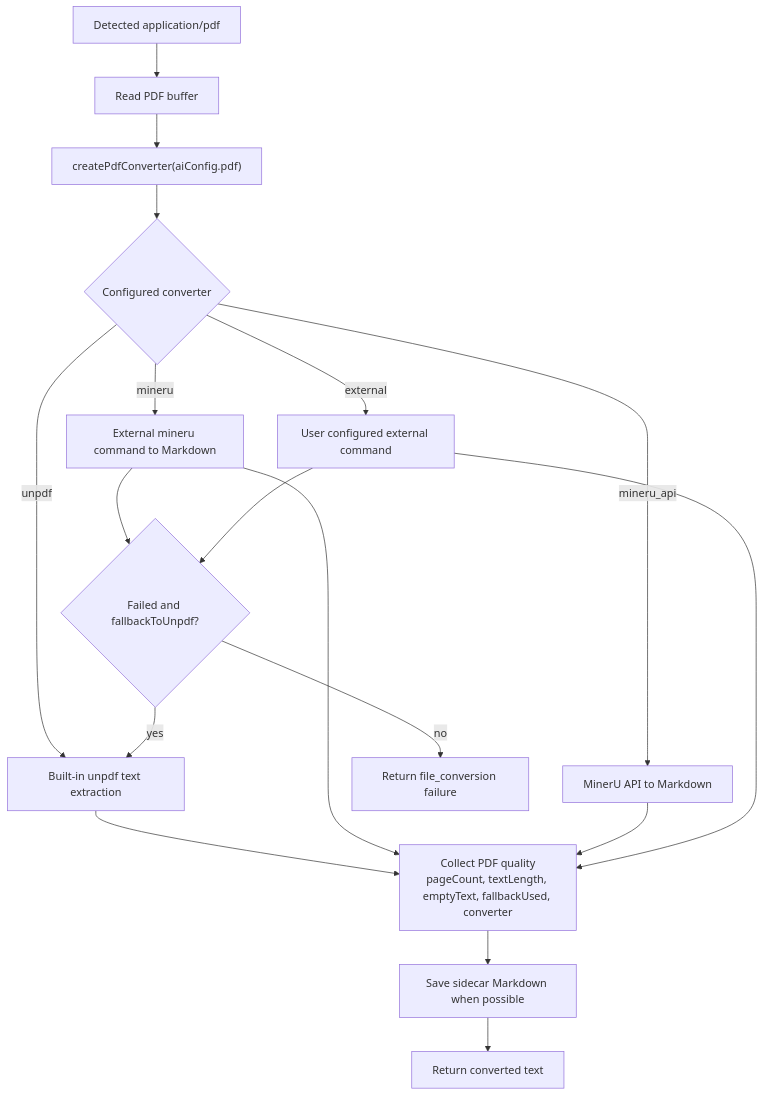
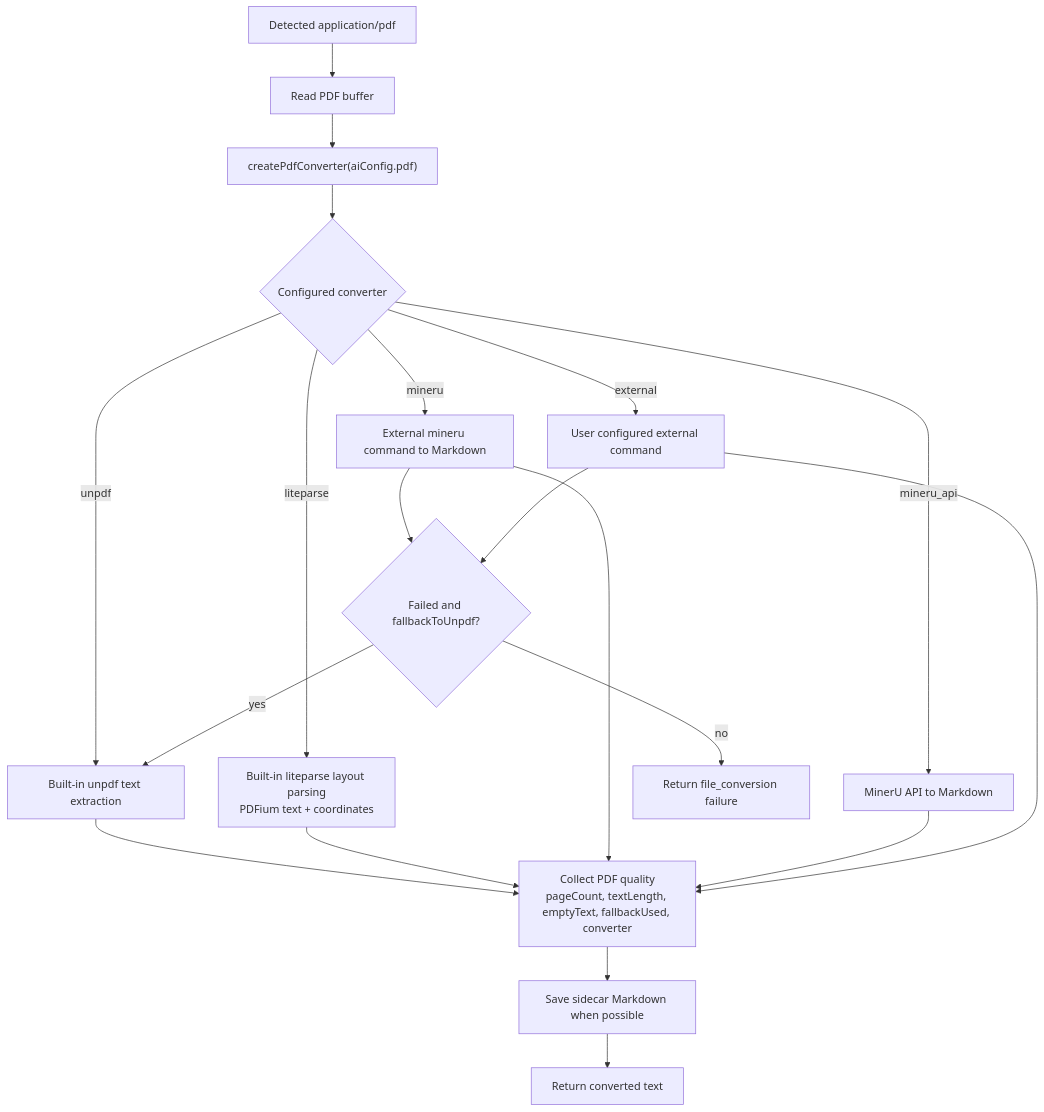
One commit to OSpoon/aiex-cli changed the second of 6 diagrams in docs/flow-chart.md. Above: the diagram before and after it, drawn with Mermaid. The commit also changed other lines of this file and 19 other files, not shown here.

````diff
--- a/docs/flow-chart.md
+++ b/docs/flow-chart.md
@@ -35,24 +35,26 @@
 ```mermaid
 flowchart TD
   P0["Detected application/pdf"] --> P1["Read PDF buffer"]
   P1 --> P2["createPdfConverter(aiConfig.pdf)"]
   P2 --> P3{"Configured converter"}
 
   P3 -->|"unpdf"| U1["Built-in unpdf text extraction"]
+  P3 -->|"liteparse"| L1["Built-in liteparse layout parsing\nPDFium text + coordinates"]
   P3 -->|"mineru"| M1["External mineru command to Markdown"]
   P3 -->|"mineru_api"| A1["MinerU API to Markdown"]
   P3 -->|"external"| X1["User configured external command"]
 
   M1 --> F1{"Failed and fallbackToUnpdf?"}
   X1 --> F1
   F1 -->|"yes"| U1
   F1 -->|"no"| E1["Return file_conversion failure"]
 
   U1 --> Q1["Collect PDF quality\npageCount, textLength, emptyText, fallbackUsed, converter"]
+  L1 --> Q1
   M1 --> Q1
   A1 --> Q1
   X1 --> Q1
 
   Q1 --> S1["Save sidecar Markdown when possible"]
   S1 --> O1["Return converted text"]
 ```
````
